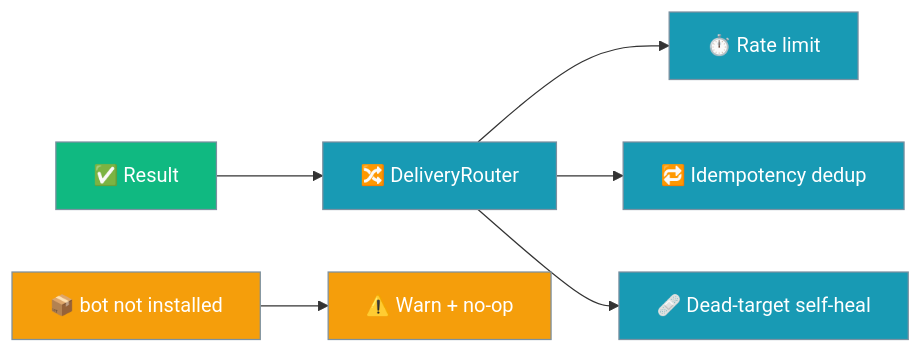
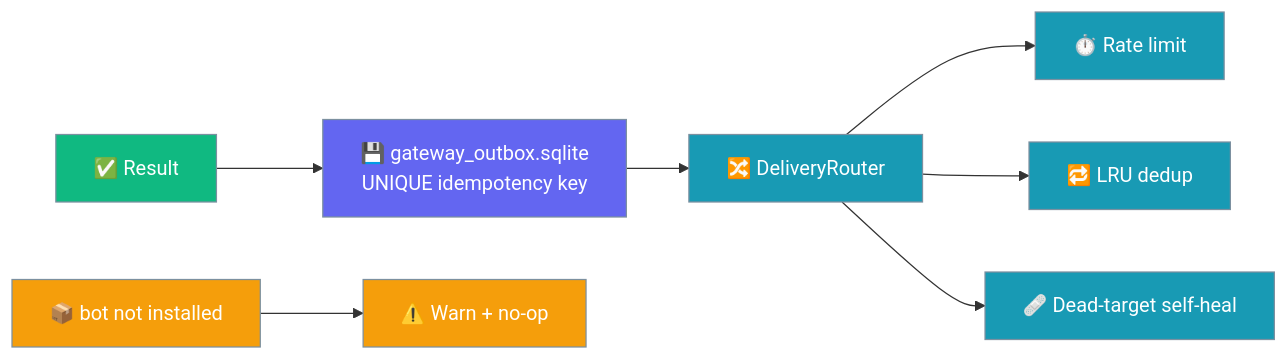
Before and after one commit to MervinPraison/PraisonAIDocs: the sixth of 6 diagrams in docs/features/scheduler-delivery.mdx, drawn with Mermaid. The commit also changed other lines of this file and 3 other files, not shown here.

Commit message:
docs: update proactive/scheduled delivery pages for durable gateway dedup (fixes #2152)

````diff
--- a/docs/features/scheduler-delivery.mdx
+++ b/docs/features/scheduler-delivery.mdx
@@ -320,16 +323,19 @@
 ```mermaid
 graph LR
-    Result[✅ Result] --> Router[🔀 DeliveryRouter]
+    Result[✅ Result] --> Outbox[💾 gateway_outbox.sqlite\nUNIQUE idempotency key]
+    Outbox --> Router[🔀 DeliveryRouter]
     Router --> Rate[⏱️ Rate limit]
-    Router --> Dedup[🔁 Idempotency dedup]
+    Router --> Dedup[🔁 LRU dedup]
     Router --> Heal[🩹 Dead-target self-heal]
     Missing[📦 bot not installed] --> NoOp[⚠️ Warn + no-op]
 
     classDef ok fill:#10B981,stroke:#7C90A0,color:#fff
     classDef proc fill:#189AB4,stroke:#7C90A0,color:#fff
+    classDef store fill:#6366F1,stroke:#7C90A0,color:#fff
     classDef warn fill:#F59E0B,stroke:#7C90A0,color:#fff
 
     class Result ok
     class Router,Rate,Dedup,Heal proc
+    class Outbox store
     class Missing,NoOp warn
 ```
````
